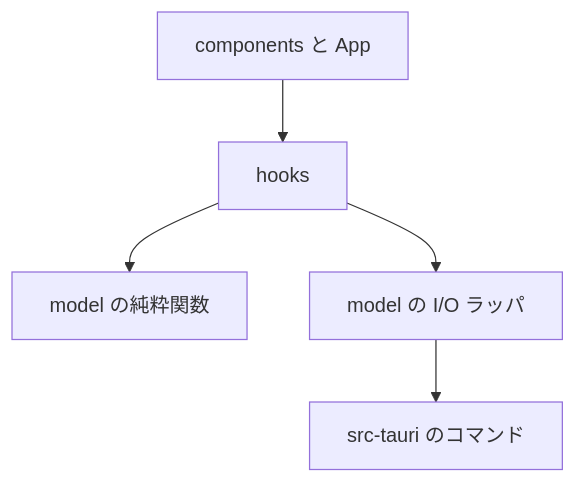
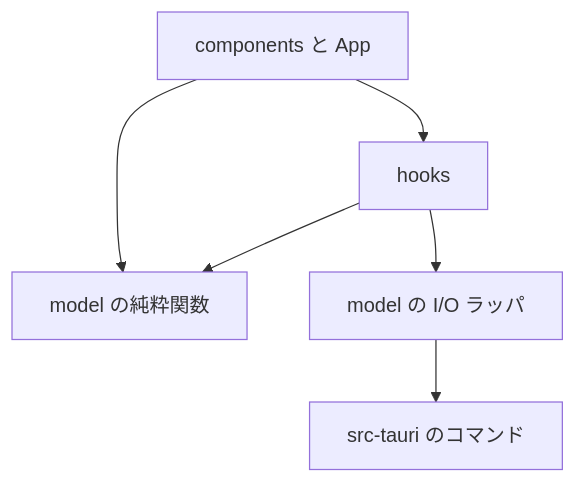
Before and after one commit to shkobayashi/schedule-viewer: the first of 3 diagrams in docs/internal-spec.md, drawn with Mermaid. The commit also changed other lines of this file and 40 other files, not shown here.

````diff
--- a/docs/internal-spec.md
+++ b/docs/internal-spec.md
@@ -9,12 +9,13 @@
 ```mermaid
 flowchart TD
   components[components と App]
   hooks[hooks]
   model[model の純粋関数]
   ipc[model の I/O ラッパ]
   rust[src-tauri のコマンド]
   components --> hooks
+  components --> model
   hooks --> model
   hooks --> ipc
   ipc --> rust
 ```
````
